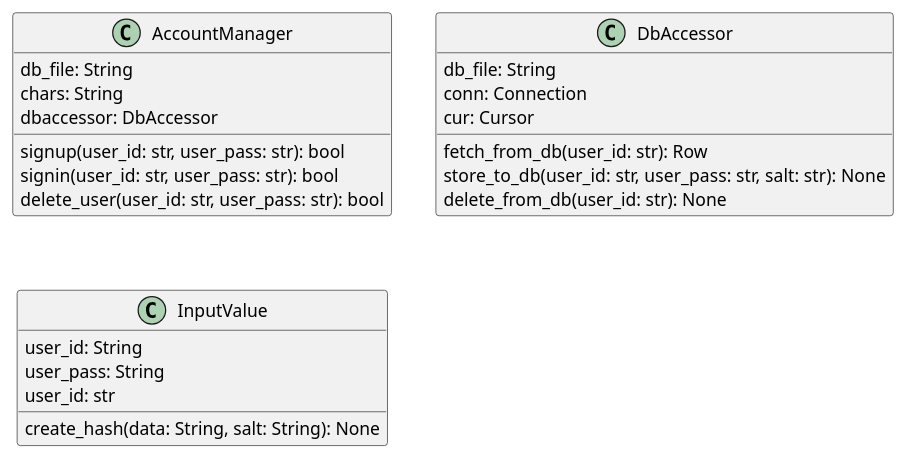
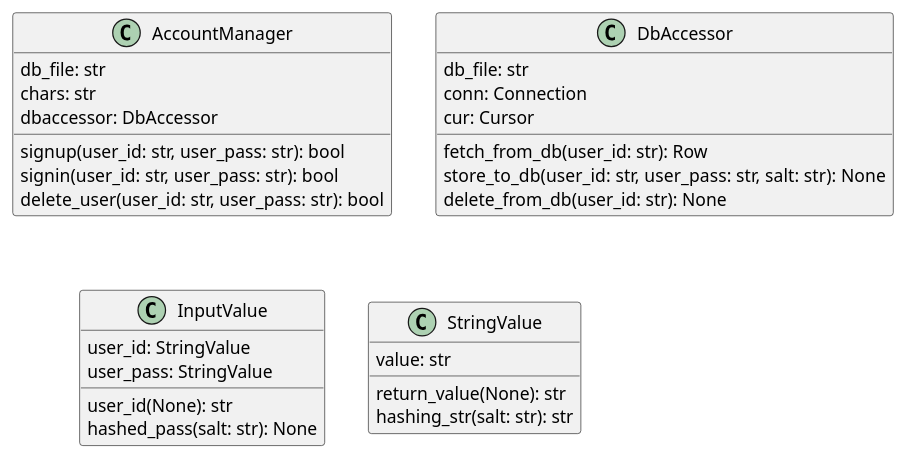
Before and after one commit to mitty1293/learn_python: the diagram in UML/class_figure.pu, drawn with PlantUML.

Commit message:
class図修正

```diff
--- a/UML/class_figure.pu
+++ b/UML/class_figure.pu
@@ -1,24 +1,29 @@
 @startuml
 Class AccountManager {
-	db_file: String
-    chars: String
+	db_file: str
+    chars: str
     dbaccessor: DbAccessor
     signup(user_id: str, user_pass: str): bool
     signin(user_id: str, user_pass: str): bool
     delete_user(user_id: str, user_pass: str): bool
 }
 Class DbAccessor {
-	db_file: String
+	db_file: str
     conn: Connection
     cur: Cursor
     fetch_from_db(user_id: str): Row
     store_to_db(user_id: str, user_pass: str, salt: str): None
     delete_from_db(user_id: str): None
 }
 Class InputValue {
-    user_id: String
-    user_pass: String
-    user_id: str
-    create_hash(data: String, salt: String): None
+    user_id: StringValue
+    user_pass: StringValue
+    user_id(None): str
+    hashed_pass(salt: str): None
+}
+Class StringValue {
+    value: str
+    return_value(None): str
+    hashing_str(salt: str): str
 }
 @enduml
```
